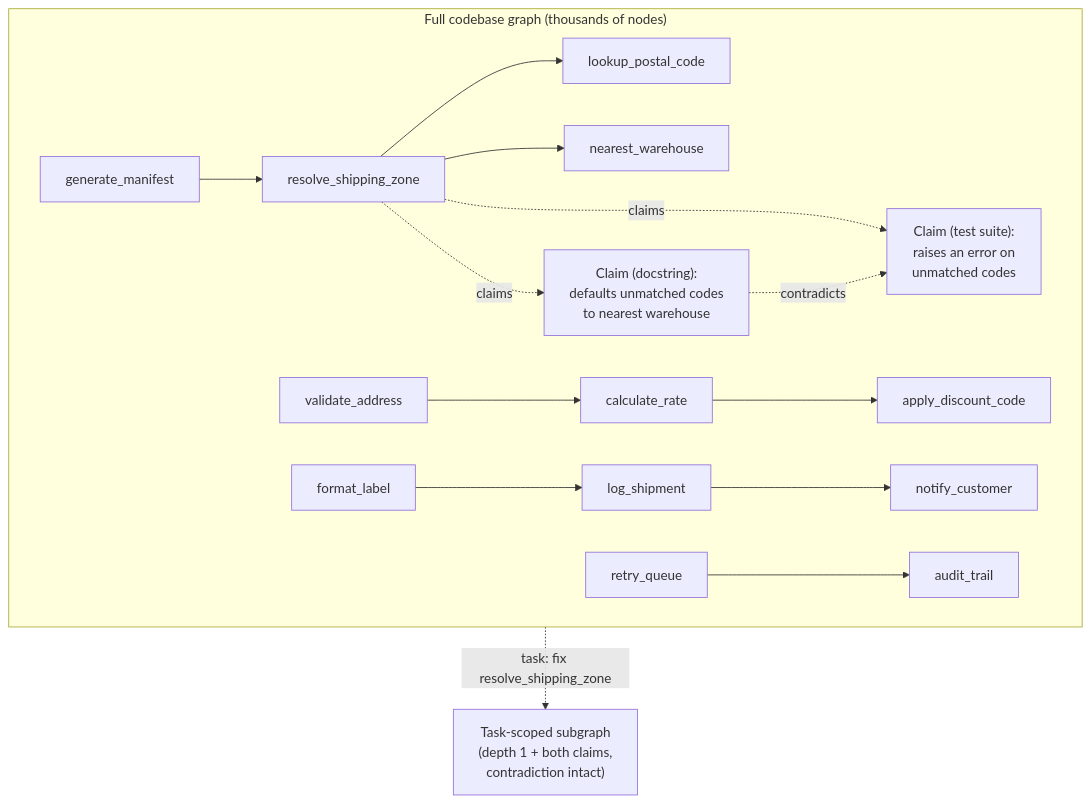
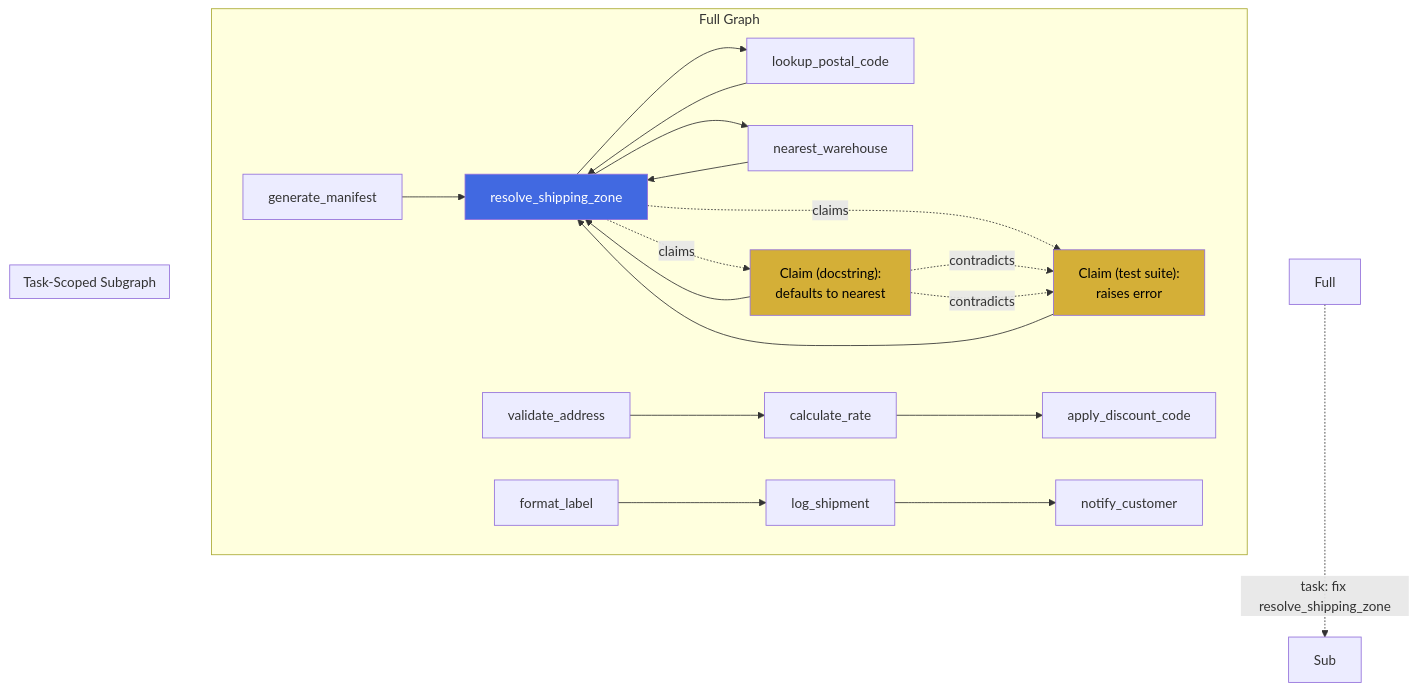
Before and after one commit to ayeshakhalid192007-dev/graph-engineering-crash-course: the diagram in docs/06-part-4-working-from-the-graph/step-9-subgraphs-give-a-worker-a-slice-not-the-graph.md, drawn with Mermaid. The commit also changed 17 other files, not shown here.

First line of the commit message:
Add Mermaid diagrams to core documentation files

````diff
--- a/docs/06-part-4-working-from-the-graph/step-9-subgraphs-give-a-worker-a-slice-not-the-graph.md
+++ b/docs/06-part-4-working-from-the-graph/step-9-subgraphs-give-a-worker-a-slice-not-the-graph.md
@@ -43,18 +43,28 @@
 ```mermaid
 flowchart TB
-    subgraph Full["Full codebase graph (thousands of nodes)"]
-        direction LR
+    direction LR
+    subgraph "Full Graph"
         GM["generate_manifest"] --> RSZ["resolve_shipping_zone"]
         RSZ --> LPC["lookup_postal_code"]
         RSZ --> NW["nearest_warehouse"]
-        RSZ -. claims .-> CA["Claim (docstring):<br/>defaults unmatched codes<br/>to nearest warehouse"]
-        RSZ -. claims .-> CB["Claim (test suite):<br/>raises an error on<br/>unmatched codes"]
-        CA -. contradicts .-> CB
+        RSZ -. "claims" .-> CA["Claim (docstring):<br/>defaults to nearest"]
+        RSZ -. "claims" .-> CB["Claim (test suite):<br/>raises error"]
+        CA -. "contradicts" .-> CB
         VA["validate_address"] --> CR["calculate_rate"]
         CR --> AD["apply_discount_code"]
         FL["format_label"] --> LS["log_shipment"]
         LS --> NC["notify_customer"]
-        RQ["retry_queue"] --> AT["audit_trail"]
     end
-    Full -. "task: fix resolve_shipping_zone" .-> Sub["Task-scoped subgraph<br/>(depth 1 + both claims,<br/>contradiction intact)"]
+
+    Full -. "task: fix resolve_shipping_zone" .-> Sub
+
+    subgraph "Task-Scoped Subgraph"
+        direction TB
+        RSZ
+        LPC & NW & CA & CB --> RSZ
+        CA -. "contradicts" .-> CB
+        style RSZ fill:#4169E1,color:#FFFFFF
+        style CA fill:#D4AF37,color:#000000
+        style CB fill:#D4AF37,color:#000000
+    end
 ```
````
